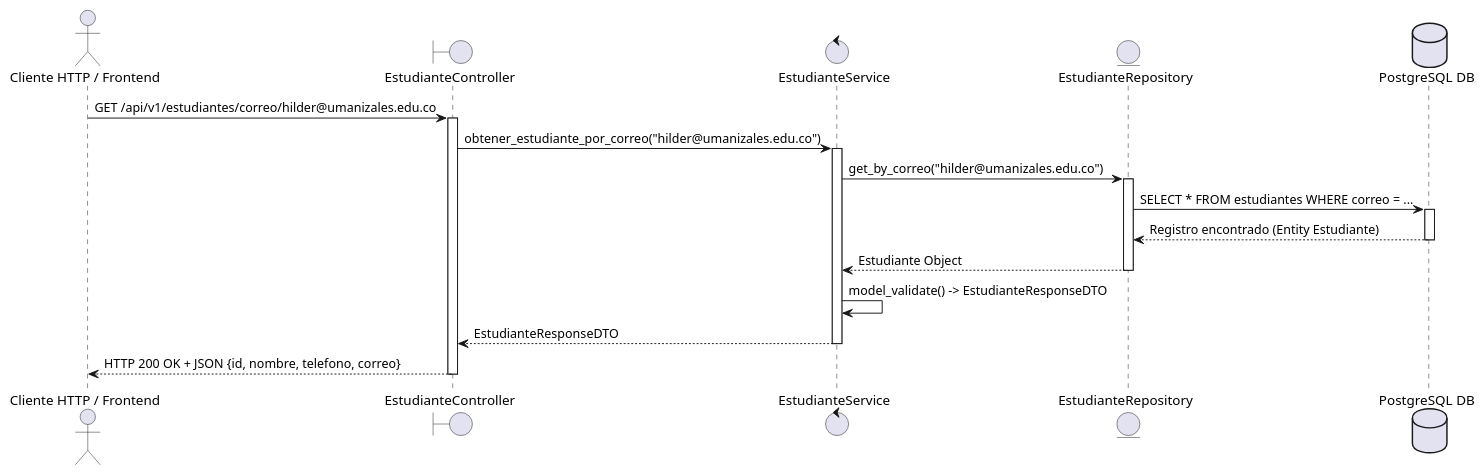
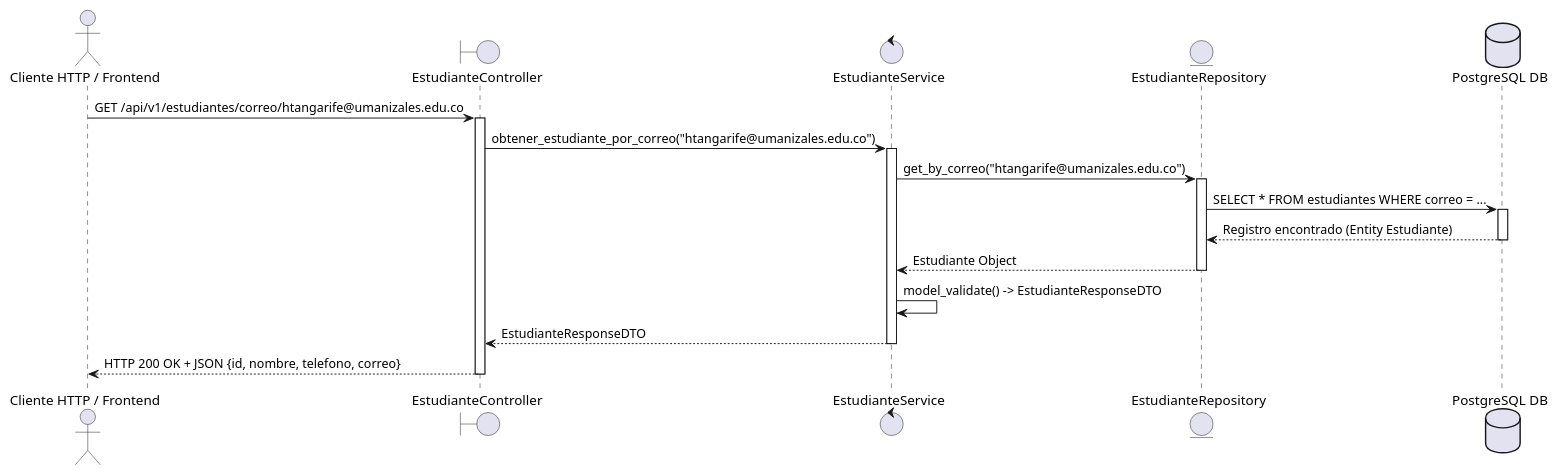
Before and after one commit to odnarbedlih-svg/hilder-notasya: the diagram in hecho con python/app/docs/diagrama_secuencia_consulta.puml, drawn with PlantUML. The commit also changed 13 other files, not shown here.

```diff
--- a/hecho con python/app/docs/diagrama_secuencia_consulta.puml
+++ b/hecho con python/app/docs/diagrama_secuencia_consulta.puml
@@ -1,31 +1,31 @@
 @startuml Diagrama_Secuencia_Consulta_NOTASYA
 actor Cliente as "Cliente HTTP / Frontend"
 boundary Controller as "EstudianteController"
 control Service as "EstudianteService"
 entity Repository as "EstudianteRepository"
 database PostgreSQL as "PostgreSQL DB"
 
-Cliente -> Controller : GET /api/v1/estudiantes/correo/hilder@umanizales.edu.co
+Cliente -> Controller : GET /api/v1/estudiantes/correo/htangarife@umanizales.edu.co
 activate Controller
 
-Controller -> Service : obtener_estudiante_por_correo("hilder@umanizales.edu.co")
+Controller -> Service : obtener_estudiante_por_correo("htangarife@umanizales.edu.co")
 activate Service
 
-Service -> Repository : get_by_correo("hilder@umanizales.edu.co")
+Service -> Repository : get_by_correo("htangarife@umanizales.edu.co")
 activate Repository
 
 Repository -> PostgreSQL : SELECT * FROM estudiantes WHERE correo = ...
 activate PostgreSQL
 PostgreSQL --> Repository : Registro encontrado (Entity Estudiante)
 deactivate PostgreSQL
 
 Repository --> Service : Estudiante Object
 deactivate Repository
 
 Service -> Service : model_validate() -> EstudianteResponseDTO
 Service --> Controller : EstudianteResponseDTO
 deactivate Service
 
 Controller --> Cliente : HTTP 200 OK + JSON {id, nombre, telefono, correo}
 deactivate Controller
 @enduml
```
